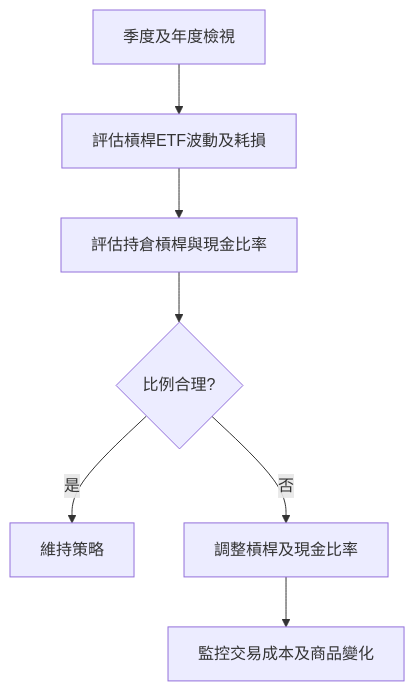
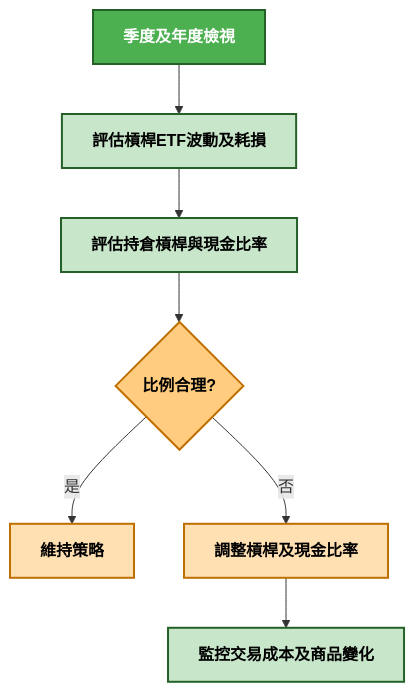
One commit to joysrr/joysrr.github.io changed the third of 4 diagrams in Stock/Fundamental Analysis/_posts/2025-09-11-Financial-Report-Leverage.md. Above: the diagram before and after it, drawn with Mermaid. The commit also changed other lines of this file, not shown here.

````diff
--- a/Stock/Fundamental Analysis/_posts/2025-09-11-Financial-Report-Leverage.md
+++ b/Stock/Fundamental Analysis/_posts/2025-09-11-Financial-Report-Leverage.md
@@ -101,10 +117,14 @@
 ```mermaid
 flowchart TD
-    A[季度及年度檢視]
-    A --> B[評估槓桿ETF波動及耗損]
-    B --> C[評估持倉槓桿與現金比率]
-    C --> D{比例合理?}
-    D -->|是| E[維持策略]
-    D -->|否| F[調整槓桿及現金比率]
-    F --> G[監控交易成本及商品變化]
+    classDef startend fill:#4caf50,stroke:#256029,stroke-width:2px,color:#fff,font-weight:bold;
+    classDef process fill:#c8e6c9,stroke:#256029,stroke-width:2px,color:#000,font-weight:bold;
+    classDef decision fill:#ffcc80,stroke:#bf6f00,stroke-width:2px,color:#000,font-weight:bold;
+    classDef action fill:#ffe0b2,stroke:#bf6f00,stroke-width:2px,color:#000,font-weight:bold;
+
+    A[季度及年度檢視]:::startend --> B[評估槓桿ETF波動及耗損]:::process
+    B --> C[評估持倉槓桿與現金比率]:::process
+    C --> D{比例合理?}:::decision
+    D -->|是| E[維持策略]:::action
+    D -->|否| F[調整槓桿及現金比率]:::action
+    F --> G[監控交易成本及商品變化]:::process
 ```
````
